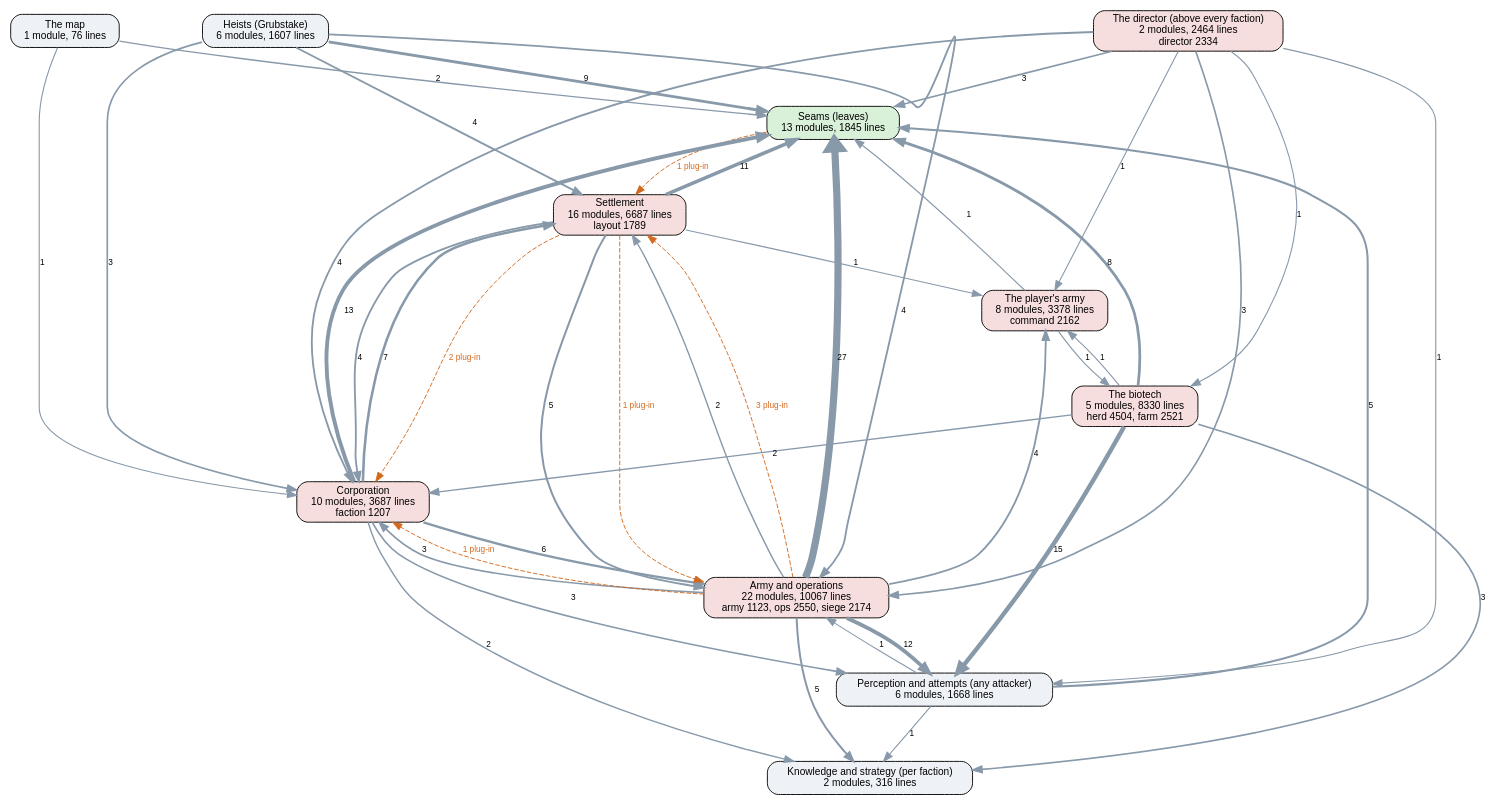
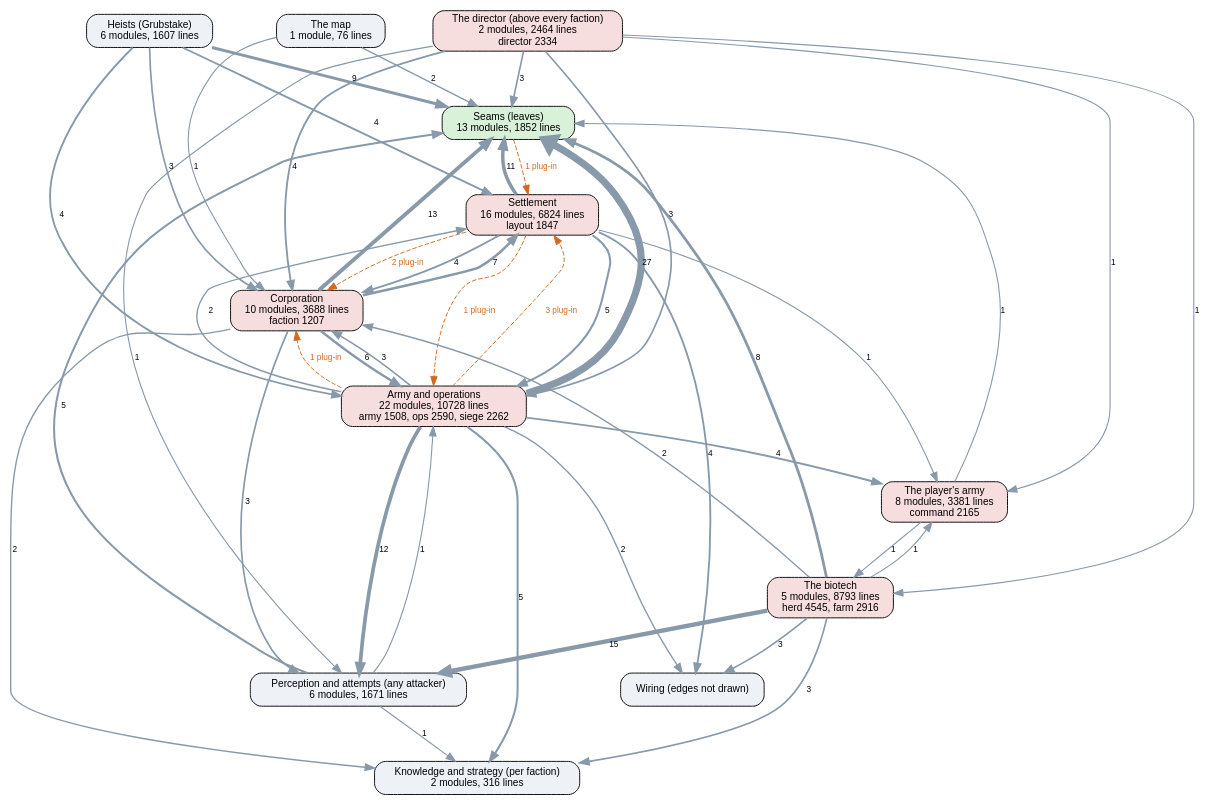
One commit to kinelhu/landing-party changed the diagram in docs/ai-layers.dot. Above: the diagram before and after it, drawn with Graphviz. The commit also changed 14 other files, not shown here.

```diff
--- a/docs/ai-layers.dot
+++ b/docs/ai-layers.dot
@@ -1,58 +1,61 @@
 digraph layers {
   graph [rankdir=TB, fontname="Helvetica", nodesep=0.5, ranksep=0.7];
   node [shape=box, style="rounded,filled", fontname="Helvetica", fontsize=11, fillcolor="#eef2f7"];
   edge [color="#8899aa", fontname="Helvetica", fontsize=9];
-  "Seams (leaves)" [label="Seams (leaves)\n13 modules, 1845 lines", fillcolor="#d9f0d9"];
-  "Perception and attempts (any attacker)" [label="Perception and attempts (any attacker)\n6 modules, 1668 lines", fillcolor="#eef2f7"];
+  "Seams (leaves)" [label="Seams (leaves)\n13 modules, 1852 lines", fillcolor="#d9f0d9"];
+  "Perception and attempts (any attacker)" [label="Perception and attempts (any attacker)\n6 modules, 1671 lines", fillcolor="#eef2f7"];
   "Knowledge and strategy (per faction)" [label="Knowledge and strategy (per faction)\n2 modules, 316 lines", fillcolor="#eef2f7"];
   "The director (above every faction)" [label="The director (above every faction)\n2 modules, 2464 lines\ndirector 2334", fillcolor="#f7dede"];
-  "Corporation" [label="Corporation\n10 modules, 3687 lines\nfaction 1207", fillcolor="#f7dede"];
-  "Settlement" [label="Settlement\n16 modules, 6687 lines\nlayout 1789", fillcolor="#f7dede"];
-  "Army and operations" [label="Army and operations\n22 modules, 10067 lines\narmy 1123, ops 2550, siege 2174", fillcolor="#f7dede"];
+  "Corporation" [label="Corporation\n10 modules, 3688 lines\nfaction 1207", fillcolor="#f7dede"];
+  "Settlement" [label="Settlement\n16 modules, 6824 lines\nlayout 1847", fillcolor="#f7dede"];
+  "Army and operations" [label="Army and operations\n22 modules, 10728 lines\narmy 1508, ops 2590, siege 2262", fillcolor="#f7dede"];
   "Heists (Grubstake)" [label="Heists (Grubstake)\n6 modules, 1607 lines", fillcolor="#eef2f7"];
-  "The biotech" [label="The biotech\n5 modules, 8330 lines\nherd 4504, farm 2521", fillcolor="#f7dede"];
+  "The biotech" [label="The biotech\n5 modules, 8793 lines\nherd 4545, farm 2916", fillcolor="#f7dede"];
   "The map" [label="The map\n1 module, 76 lines", fillcolor="#eef2f7"];
-  "The player's army" [label="The player's army\n8 modules, 3378 lines\ncommand 2162", fillcolor="#f7dede"];
+  "The player's army" [label="The player's army\n8 modules, 3381 lines\ncommand 2165", fillcolor="#f7dede"];
   "Army and operations" -> "Corporation" [label="3", penwidth=1.8];
   "Army and operations" -> "Knowledge and strategy (per faction)" [label="5", penwidth=2.2];
   "Army and operations" -> "Perception and attempts (any attacker)" [label="12", penwidth=4.0];
   "Army and operations" -> "Seams (leaves)" [label="27", penwidth=7.8];
   "Army and operations" -> "Settlement" [label="2", penwidth=1.5];
   "Army and operations" -> "The player's army" [label="4", penwidth=2.0];
+  "Army and operations" -> "Wiring (edges not drawn)" [label="2", penwidth=1.5];
   "Corporation" -> "Army and operations" [label="6", penwidth=2.5];
   "Corporation" -> "Knowledge and strategy (per faction)" [label="2", penwidth=1.5];
   "Corporation" -> "Perception and attempts (any attacker)" [label="3", penwidth=1.8];
   "Corporation" -> "Seams (leaves)" [label="13", penwidth=4.2];
   "Corporation" -> "Settlement" [label="7", penwidth=2.8];
   "Heists (Grubstake)" -> "Army and operations" [label="4", penwidth=2.0];
   "Heists (Grubstake)" -> "Corporation" [label="3", penwidth=1.8];
   "Heists (Grubstake)" -> "Seams (leaves)" [label="9", penwidth=3.2];
   "Heists (Grubstake)" -> "Settlement" [label="4", penwidth=2.0];
   "Perception and attempts (any attacker)" -> "Army and operations" [label="1", penwidth=1.2];
   "Perception and attempts (any attacker)" -> "Knowledge and strategy (per faction)" [label="1", penwidth=1.2];
   "Perception and attempts (any attacker)" -> "Seams (leaves)" [label="5", penwidth=2.2];
   "Settlement" -> "Army and operations" [label="5", penwidth=2.2];
   "Settlement" -> "Corporation" [label="4", penwidth=2.0];
   "Settlement" -> "Seams (leaves)" [label="11", penwidth=3.8];
   "Settlement" -> "The player's army" [label="1", penwidth=1.2];
+  "Settlement" -> "Wiring (edges not drawn)" [label="4", penwidth=2.0];
   "The biotech" -> "Corporation" [label="2", penwidth=1.5];
   "The biotech" -> "Knowledge and strategy (per faction)" [label="3", penwidth=1.8];
   "The biotech" -> "Perception and attempts (any attacker)" [label="15", penwidth=4.8];
   "The biotech" -> "Seams (leaves)" [label="8", penwidth=3.0];
   "The biotech" -> "The player's army" [label="1", penwidth=1.2];
+  "The biotech" -> "Wiring (edges not drawn)" [label="3", penwidth=1.8];
   "The director (above every faction)" -> "Army and operations" [label="3", penwidth=1.8];
   "The director (above every faction)" -> "Corporation" [label="4", penwidth=2.0];
   "The director (above every faction)" -> "Perception and attempts (any attacker)" [label="1", penwidth=1.2];
   "The director (above every faction)" -> "Seams (leaves)" [label="3", penwidth=1.8];
   "The director (above every faction)" -> "The biotech" [label="1", penwidth=1.2];
   "The director (above every faction)" -> "The player's army" [label="1", penwidth=1.2];
   "The map" -> "Corporation" [label="1", penwidth=1.2];
   "The map" -> "Seams (leaves)" [label="2", penwidth=1.5];
   "The player's army" -> "Seams (leaves)" [label="1", penwidth=1.2];
   "The player's army" -> "The biotech" [label="1", penwidth=1.2];
   "Army and operations" -> "Corporation" [style=dashed, color="#d2691e", fontcolor="#d2691e", label="1 plug-in"];
   "Army and operations" -> "Settlement" [style=dashed, color="#d2691e", fontcolor="#d2691e", label="3 plug-in"];
   "Seams (leaves)" -> "Settlement" [style=dashed, color="#d2691e", fontcolor="#d2691e", label="1 plug-in"];
   "Settlement" -> "Army and operations" [style=dashed, color="#d2691e", fontcolor="#d2691e", label="1 plug-in"];
   "Settlement" -> "Corporation" [style=dashed, color="#d2691e", fontcolor="#d2691e", label="2 plug-in"];
 }
```
